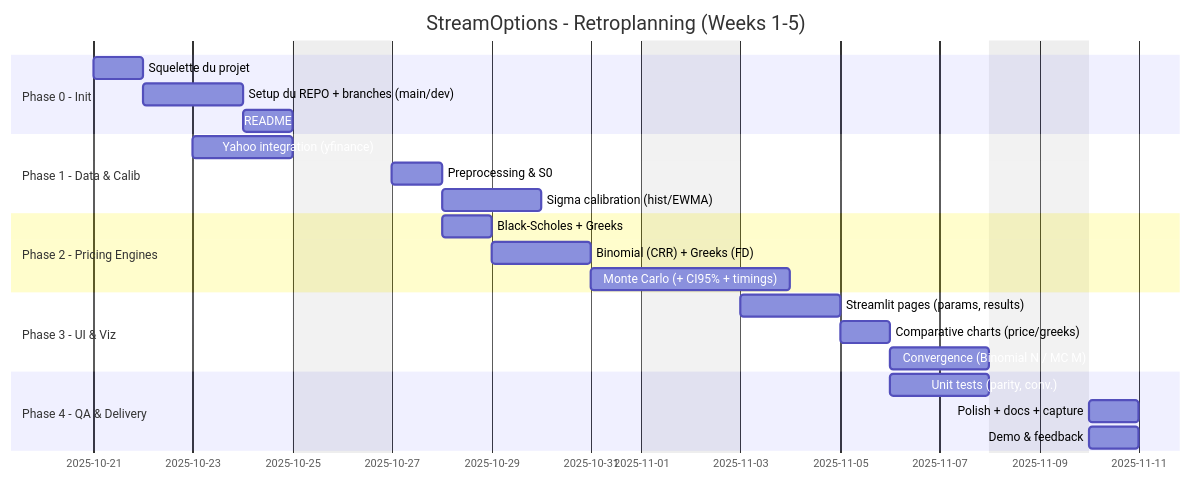
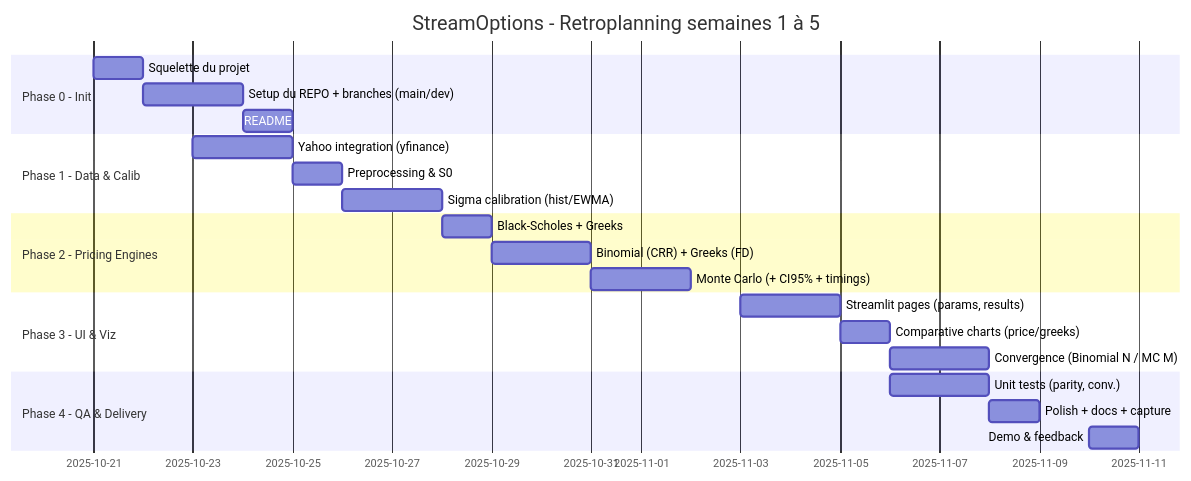
The diagram in roadmap/README.md (Karam-Benameur/stream_options), drawn with Mermaid before and after one commit.

````diff
--- a/roadmap/README.md
+++ b/roadmap/README.md
@@ -38,31 +38,31 @@
 ```mermaid
 gantt
-    title StreamOptions - Retroplanning (Weeks 1-5)
+    title StreamOptions - Retroplanning semaines 1 à 5
     dateFormat  DD-MM-YYYY
-    excludes    weekends
+    includes    weekends
 
     section Phase 0 - Init
     Squelette du projet                 :s1, 21-10-2025, 1d
     Setup du REPO + branches (main/dev) :s2, after s1, 2d
     README                              :s3, after s2, 1d
 
     section Phase 1 - Data & Calib
     Yahoo integration (yfinance)        :d1, 23-10-2025, 2d
     Preprocessing & S0                  :d2, after d1, 1d
     Sigma calibration (hist/EWMA)       :d3, after d2, 2d
 
     section Phase 2 - Pricing Engines
     Black-Scholes + Greeks              :p1, 2025-10-28, 1d
     Binomial (CRR) + Greeks (FD)        :p2, after p1, 2d
     Monte Carlo (+ CI95% + timings)     :p3, after p2, 2d
 
     section Phase 3 - UI & Viz
     Streamlit pages (params, results)   :u1, 2025-11-03, 2d
     Comparative charts (price/greeks)   :u2, after u1, 1d
     Convergence (Binomial N / MC M)     :u3, after u2, 2d
 
     section Phase 4 - QA & Delivery
     Unit tests (parity, conv.)          :q1, 2025-11-06, 2d
     Polish + docs + capture             :q2, after q1, 1d
     Demo & feedback                     :dl, 2025-11-10, 1d
 ```
````
